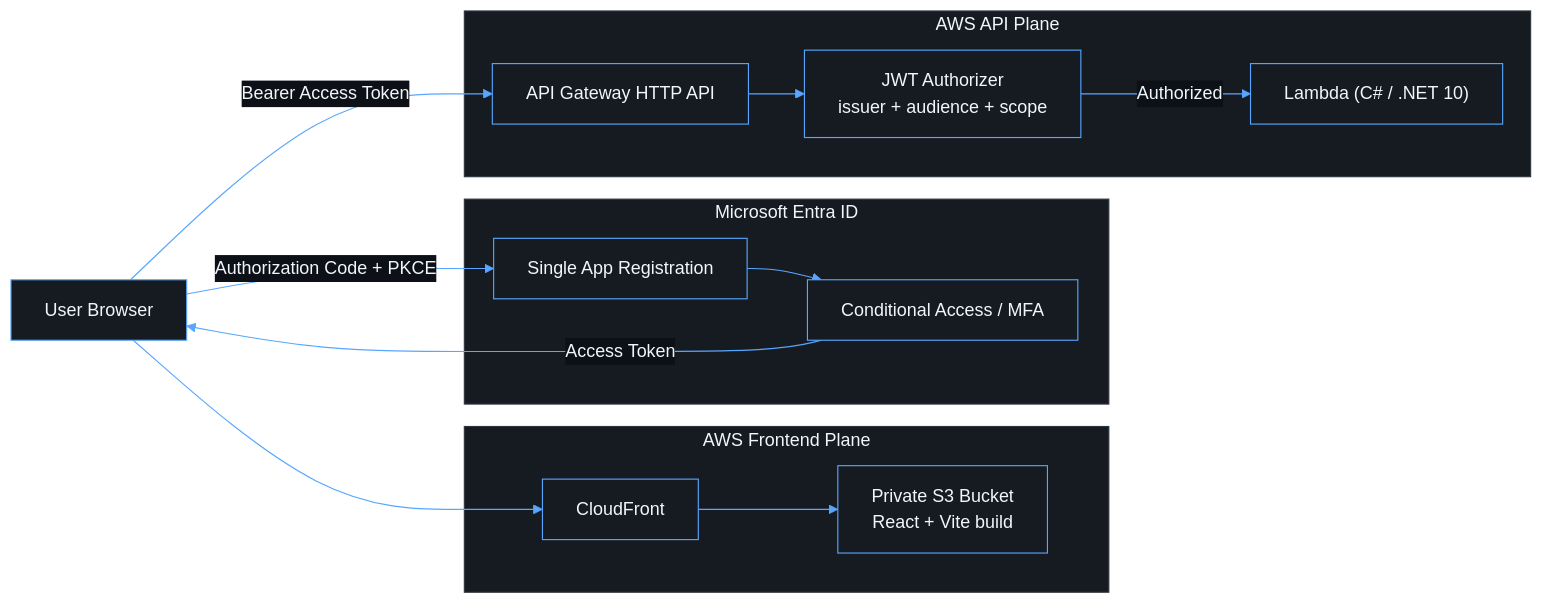
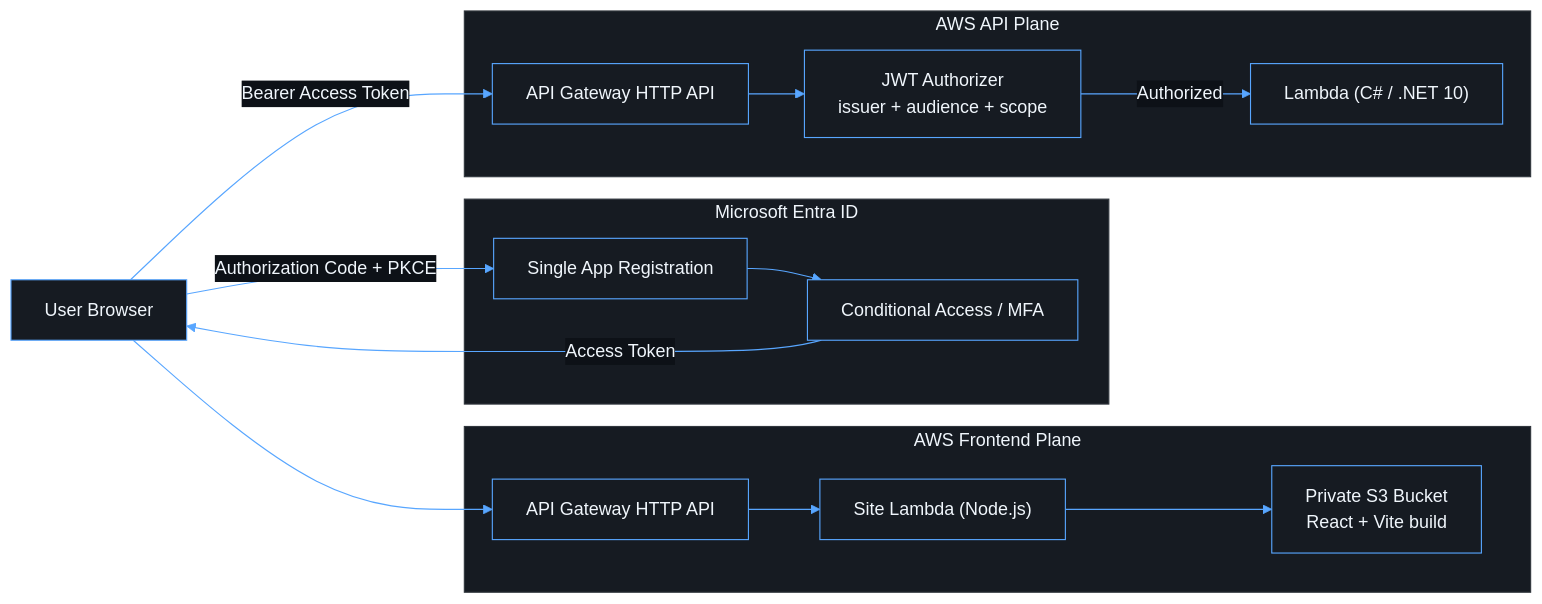
One commit to neolace/automatic-broccoli changed the diagram in docs/architecture.md. Above: the diagram before and after it, drawn with Mermaid. The commit also changed other lines of this file and 19 other files, not shown here.

````diff
--- a/docs/architecture.md
+++ b/docs/architecture.md
@@ -44,45 +47,46 @@
 ```mermaid
 %%{init: {
   "theme": "base",
   "securityLevel": "strict",
   "themeVariables": {
     "background": "#0d1117",
     "primaryColor": "#161b22",
     "primaryTextColor": "#f0f6fc",
     "primaryBorderColor": "#58a6ff",
     "secondaryColor": "#21262d",
     "secondaryTextColor": "#f0f6fc",
     "secondaryBorderColor": "#3fb950",
     "tertiaryColor": "#1c2128",
     "tertiaryTextColor": "#f0f6fc",
     "tertiaryBorderColor": "#d29922",
     "lineColor": "#58a6ff",
     "textColor": "#f0f6fc",
     "clusterBkg": "#161b22",
     "clusterBorder": "#30363d",
     "edgeLabelBackground": "#0d1117"
   }
 }}%%
 flowchart LR
     User["User Browser"]
 
     subgraph AWSFrontend["AWS Frontend Plane"]
-        CF["CloudFront"]
+        SiteAPIGW["API Gateway HTTP API"]
+        SiteLambda["Site Lambda (Node.js)"]
         S3["Private S3 Bucket<br/>React + Vite build"]
     end
 
     subgraph Entra["Microsoft Entra ID"]
         IdP["Single App Registration"]
         CA["Conditional Access / MFA"]
     end
 
     subgraph AWSAPI["AWS API Plane"]
         APIGW["API Gateway HTTP API"]
         JWT["JWT Authorizer<br/>issuer + audience + scope"]
         Lambda["Lambda (C# / .NET 10)"]
     end
 
-    User --> CF --> S3
+    User --> SiteAPIGW --> SiteLambda --> S3
     User -->|"Authorization Code + PKCE"| IdP --> CA -->|"Access Token"| User
     User -->|"Bearer Access Token"| APIGW --> JWT -->|"Authorized"| Lambda
 ```
````
